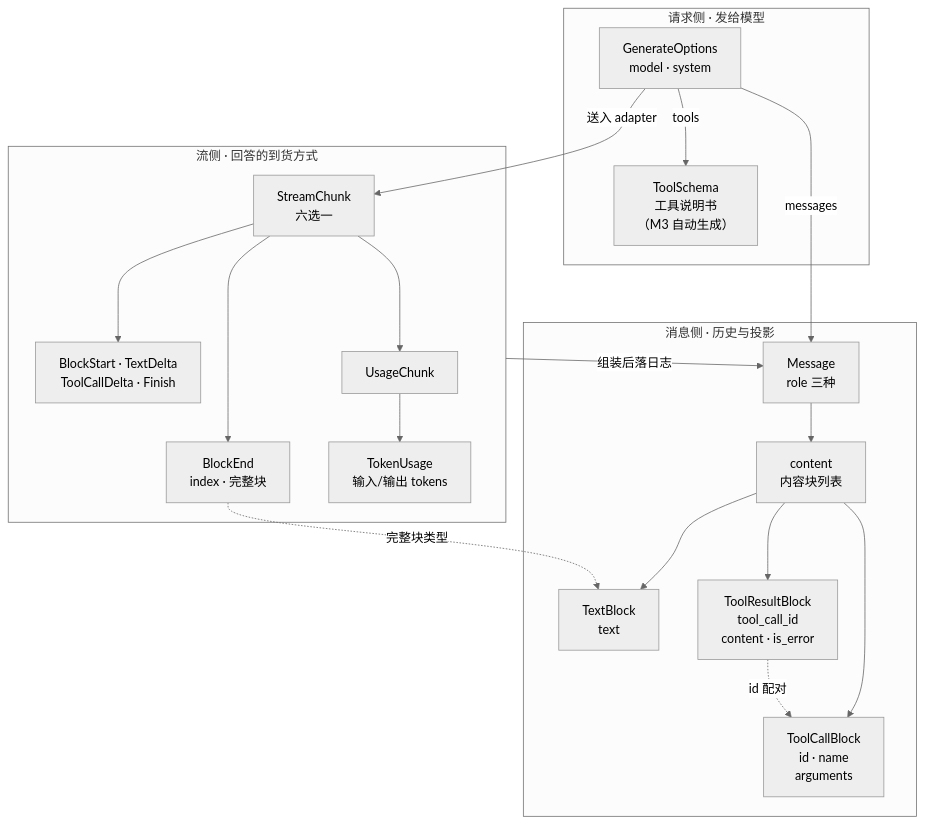
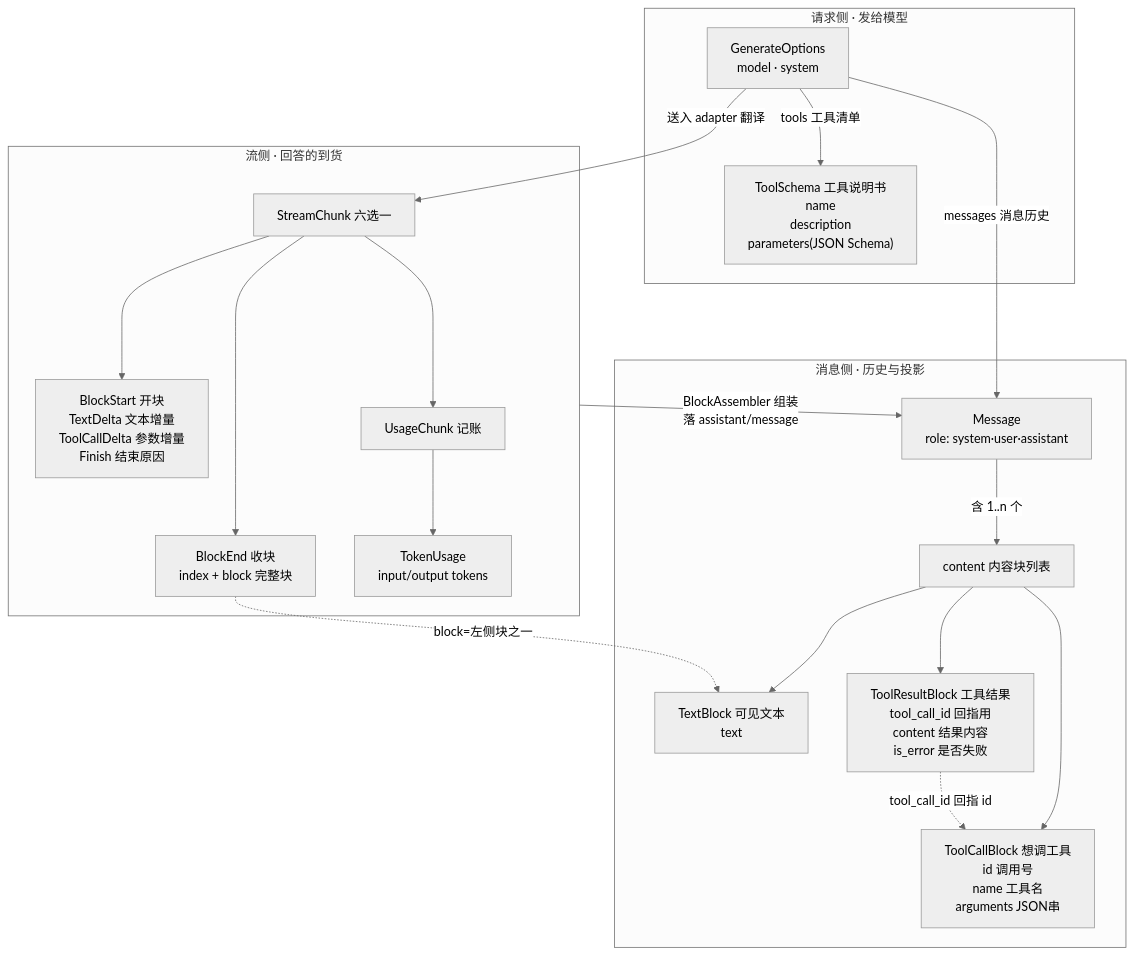
The third of 3 diagrams in notes/00-总览与设计.md (jesongit/learn-dsh), drawn with Mermaid (neutral theme) before and after one commit. The commit also changed other lines of this file, not shown here.

Commit message:
docs(00): 词汇地图细化——节点字段注释+关系边语义+字段速查表（细节入表防截断）

````diff
--- a/notes/00-总览与设计.md
+++ b/notes/00-总览与设计.md
@@ -144,38 +144,38 @@
 ```mermaid
 %%{init: {"fontFamily": "Microsoft YaHei"}}%%
 flowchart TB
     subgraph REQ["请求侧 · 发给模型"]
         OPT["GenerateOptions<br/>model · system"]
-        TS["ToolSchema<br/>工具说明书<br/>（M3 自动生成）"]
+        TS["ToolSchema 工具说明书<br/>name<br/>description<br/>parameters(JSON Schema)"]
     end
     subgraph MSG["消息侧 · 历史与投影"]
-        M["Message<br/>role 三种"]
-        CB["content<br/>内容块列表"]
-        T1["TextBlock<br/>text"]
-        T2["ToolCallBlock<br/>id · name<br/>arguments"]
-        T3["ToolResultBlock<br/>tool_call_id<br/>content · is_error"]
+        M["Message<br/>role: system·user·assistant"]
+        CB["content 内容块列表"]
+        T1["TextBlock 可见文本<br/>text"]
+        T2["ToolCallBlock 想调工具<br/>id 调用号<br/>name 工具名<br/>arguments JSON串"]
+        T3["ToolResultBlock 工具结果<br/>tool_call_id 回指用<br/>content 结果内容<br/>is_error 是否失败"]
     end
-    subgraph STREAM["流侧 · 回答的到货方式"]
-        SC["StreamChunk<br/>六选一"]
-        BS["BlockStart · TextDelta<br/>ToolCallDelta · Finish"]
-        BE["BlockEnd<br/>index · 完整块"]
-        UC["UsageChunk"]
-        TU["TokenUsage<br/>输入/输出 tokens"]
+    subgraph STREAM["流侧 · 回答的到货"]
+        SC["StreamChunk 六选一"]
+        BS["BlockStart 开块<br/>TextDelta 文本增量<br/>ToolCallDelta 参数增量<br/>Finish 结束原因"]
+        BE["BlockEnd 收块<br/>index + block 完整块"]
+        UC["UsageChunk 记账"]
+        TU["TokenUsage<br/>input/output tokens"]
     end
 
-    OPT -- "messages" --> M
-    OPT -- "tools" --> TS
-    M --> CB
+    OPT -- "messages 消息历史" --> M
+    OPT -- "tools 工具清单" --> TS
+    M -- "含 1..n 个" --> CB
     CB --> T1
     CB --> T2
     CB --> T3
-    T3 -. "id 配对" .-> T2
+    T3 -. "tool_call_id 回指 id" .-> T2
 
-    OPT -- "送入 adapter" --> SC
+    OPT -- "送入 adapter 翻译" --> SC
     SC --> BS
     SC --> BE
     SC --> UC
     UC --> TU
-    BE -. "完整块类型" .-> T1
-    STREAM -- "组装后落日志" --> M
+    BE -. "block=左侧块之一" .-> T1
+    STREAM -- "BlockAssembler 组装<br/>落 assistant/message" --> M
 ```
````
